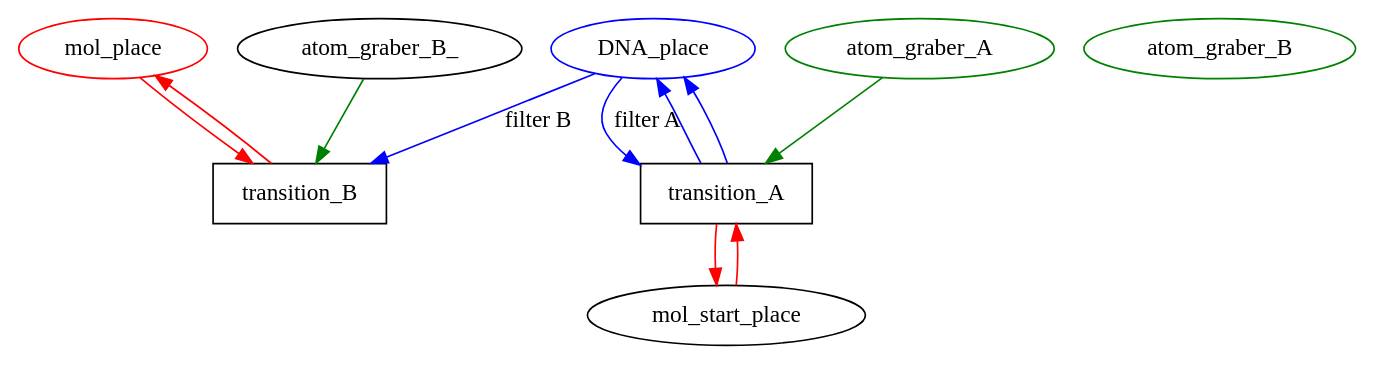
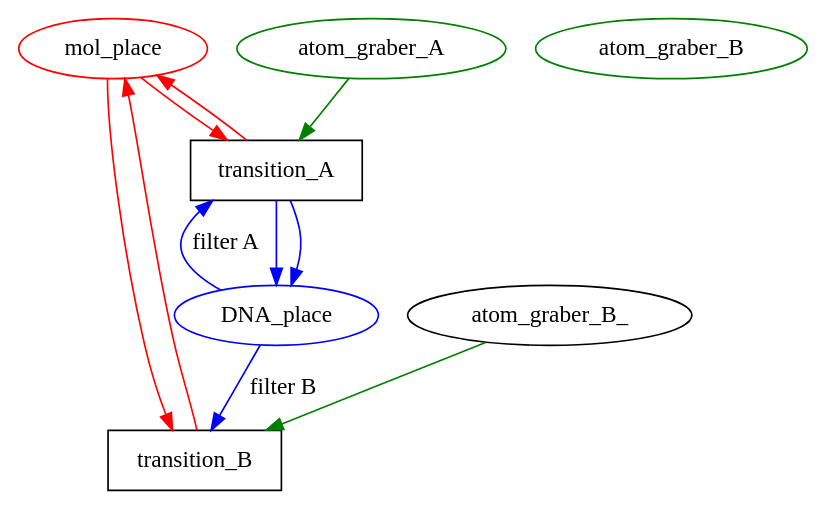
One commit to sapristi/sapristi.github.io changed the diagram in achem/ouvertures.org. Above: the diagram before and after it, drawn with Graphviz.

```diff
--- a/achem/ouvertures.org
+++ b/achem/ouvertures.org
@@ -147,38 +147,35 @@
 #+BEGIN_SRC dot :file images/ribosome.png :cmdline -Kdot -Tpng
   digraph G {
           mol_place[color = "red"]
           DNA_place[color = "blue"]
           
           transition_A[shape = "rectangle"]
-          
-          
           transition_B[shape = "rectangle"]
-          
           
           atom_graber_A[color = "green"]
           atom_graber_B[color = "green"]
                     
-          mol_start_place -> transition_A ->
-          mol_start_place  [color =red];
+          mol_place -> transition_A ->
+          mol_place  [color =red];
 
           mol_place -> transition_B ->
           mol_place [color = "red"];
 
           DNA_place -> transition_A
           [label = "filter A", color = blue];
 
           DNA_place -> transition_B
           [label = "filter B", color = blue];
           
           transition_A -> DNA_place
           [color = blue];
 
           
           transition_A -> DNA_place
           [color = blue];
 
           atom_graber_A -> transition_A [color = "green"];
           atom_graber_B_ -> transition_B [color = "green"];
           
   }
 #+END_SRC
```
